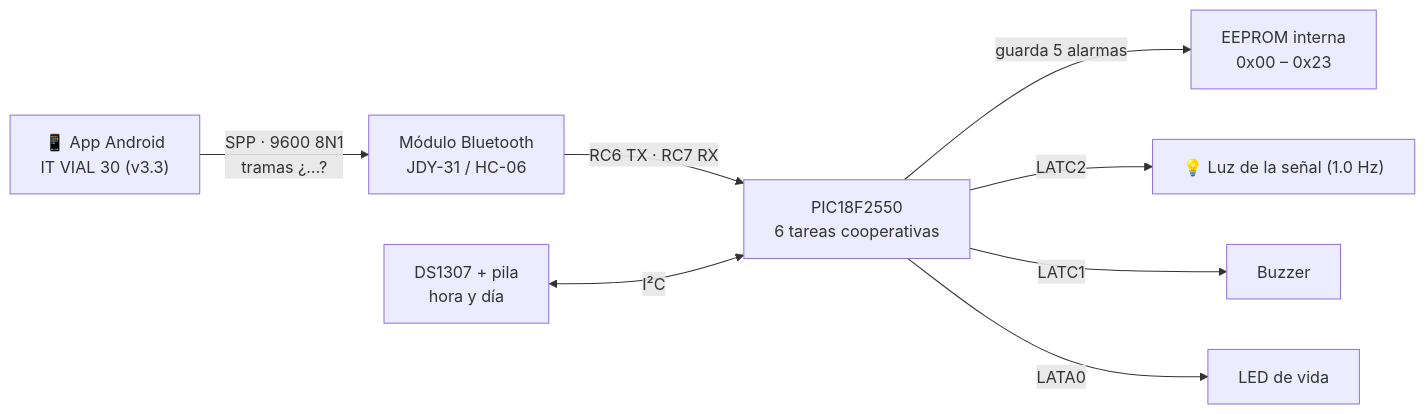
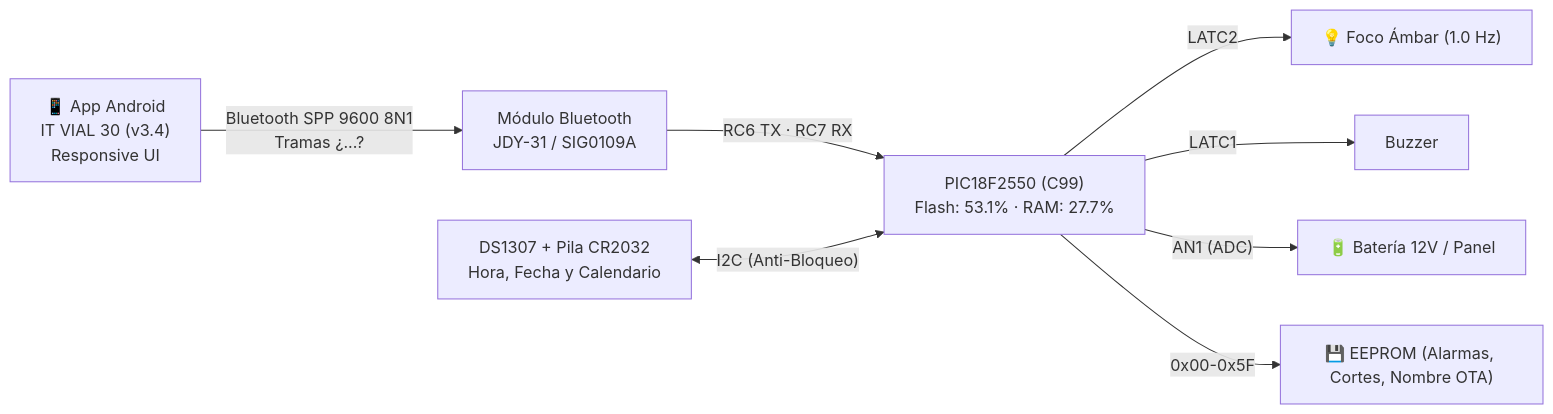
The diagram in README.md (dieleoz/balizas), drawn with Mermaid before and after one commit. The commit also changed other lines of this file and 1 other file, not shown here.

````diff
--- a/README.md
+++ b/README.md
@@ -27,10 +15,10 @@
 ```mermaid
 flowchart LR
-    APP["📱 App Android<br/>IT VIAL 30 (v3.3)"] -->|"SPP · 9600 8N1<br/>tramas ¿…?"| BT["Módulo Bluetooth<br/>JDY-31 / HC-06"]
-    BT -->|"RC6 TX · RC7 RX"| PIC["PIC18F2550<br/>6 tareas cooperativas"]
-    RTC["DS1307 + pila<br/>hora y día"] <-->|I²C| PIC
-    PIC -->|"guarda 5 alarmas"| EE["EEPROM interna<br/>0x00 – 0x23"]
-    PIC -->|"LATC2"| LUZ["💡 Luz de la señal (1.0 Hz)"]
+    APP["📱 App Android<br/>IT VIAL 30 (v3.4)<br/>Responsive UI"] -->|"Bluetooth SPP 9600 8N1<br/>Tramas ¿...?"| BT["Módulo Bluetooth<br/>JDY-31 / SIG0109A"]
+    BT -->|"RC6 TX · RC7 RX"| PIC["PIC18F2550 (C99)<br/>Flash: 53.1% · RAM: 27.7%"]
+    RTC["DS1307 + Pila CR2032<br/>Hora, Fecha y Calendario"] <-->|"I2C (Anti-Bloqueo)"| PIC
+    PIC -->|"LATC2"| LUZ["💡 Foco Ámbar (1.0 Hz)"]
     PIC -->|"LATC1"| BUZ["Buzzer"]
-    PIC -->|"LATA0"| LED["LED de vida"]
+    PIC -->|"AN1 (ADC)"| BAT["🔋 Batería 12V / Panel"]
+    PIC -->|"0x00-0x5F"| EE["💾 EEPROM (Alarmas, Cortes, Nombre OTA)"]
 ```
````
